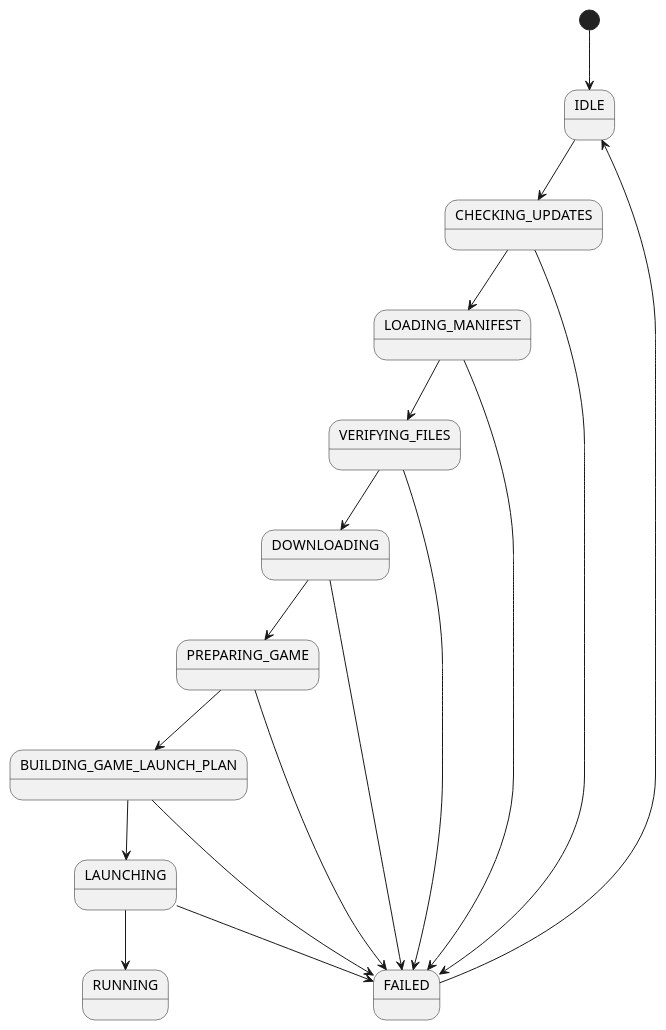
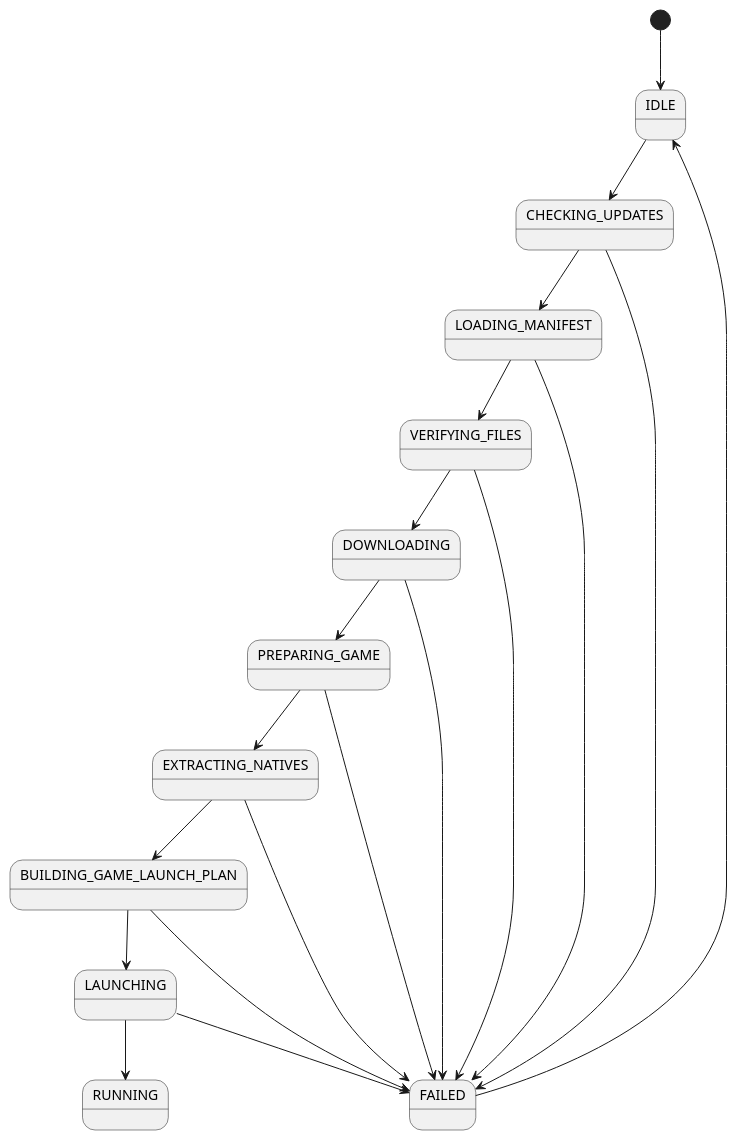
One commit to Hedgerock/Minecraft-launcher changed the diagram in docs/diagrams/launcher/launcher-lifecycle.puml. Above: the diagram before and after it, drawn with PlantUML. The commit also changed 5 other files, not shown here.

```diff
--- a/docs/diagrams/launcher/launcher-lifecycle.puml
+++ b/docs/diagrams/launcher/launcher-lifecycle.puml
@@ -1,24 +1,26 @@
 @startuml
 
 [*] --> IDLE
 
 IDLE --> CHECKING_UPDATES
 CHECKING_UPDATES --> LOADING_MANIFEST
 LOADING_MANIFEST --> VERIFYING_FILES
 VERIFYING_FILES --> DOWNLOADING
 DOWNLOADING --> PREPARING_GAME
-PREPARING_GAME --> BUILDING_GAME_LAUNCH_PLAN
+PREPARING_GAME --> EXTRACTING_NATIVES
+EXTRACTING_NATIVES --> BUILDING_GAME_LAUNCH_PLAN
 BUILDING_GAME_LAUNCH_PLAN --> LAUNCHING
 LAUNCHING --> RUNNING
 
 CHECKING_UPDATES --> FAILED
 LOADING_MANIFEST --> FAILED
 VERIFYING_FILES --> FAILED
 DOWNLOADING --> FAILED
 PREPARING_GAME --> FAILED
+EXTRACTING_NATIVES --> FAILED
 BUILDING_GAME_LAUNCH_PLAN --> FAILED
 LAUNCHING --> FAILED
 
 FAILED --> IDLE
 
 @enduml
```
